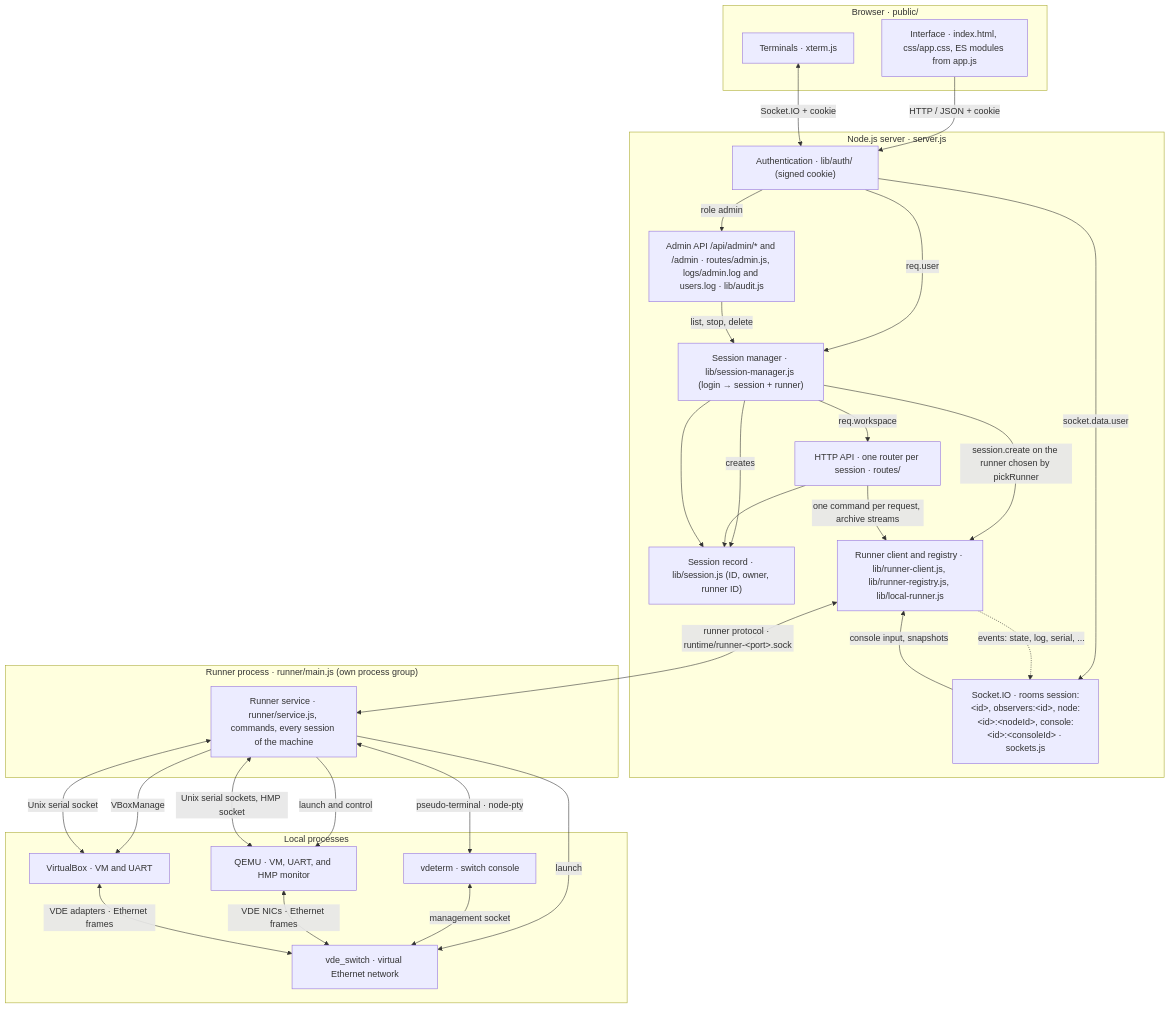
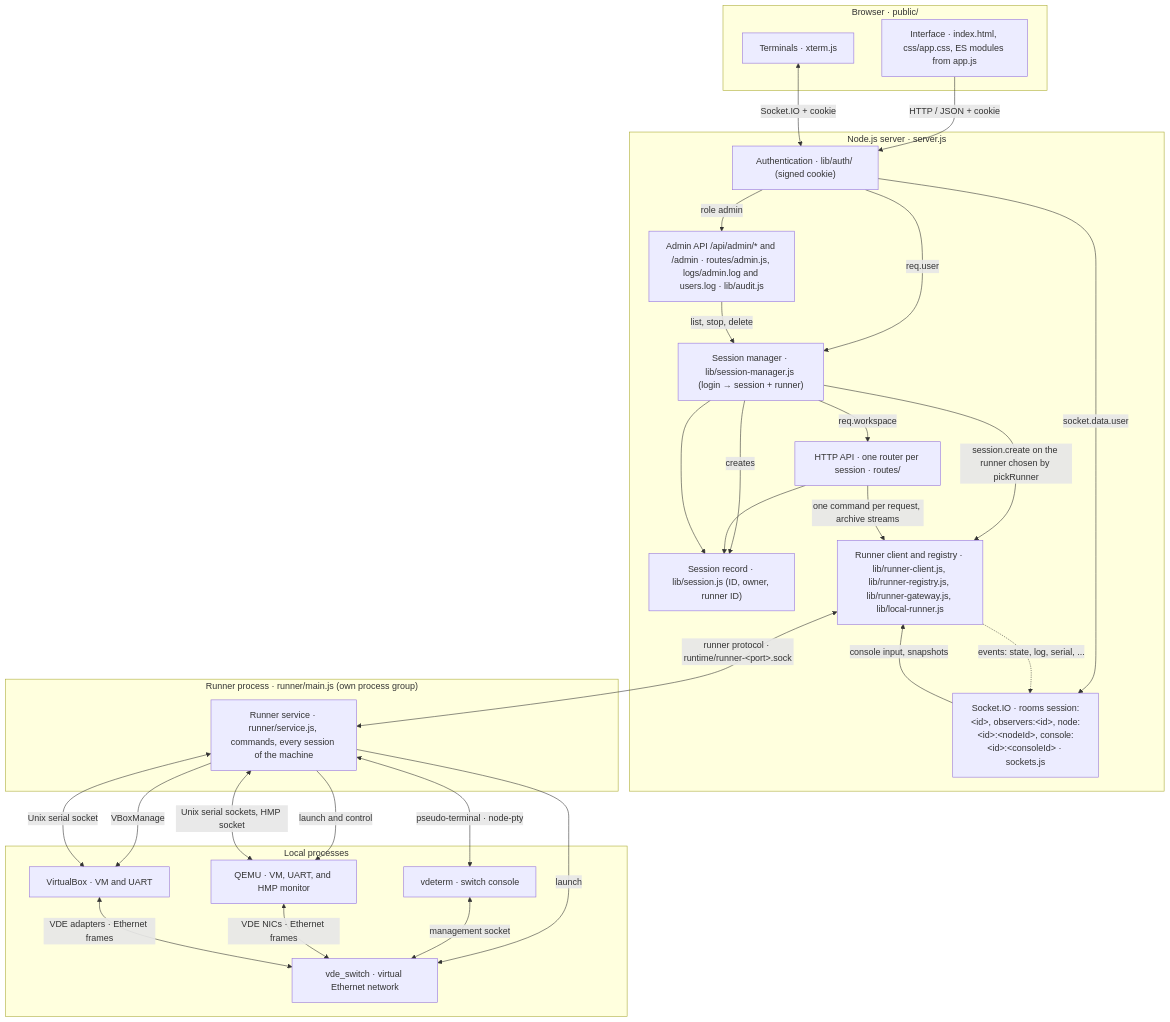
One commit to orel33/qemuweb changed the diagram in docs/architecture.md. Above: the diagram before and after it, drawn with Mermaid. The commit also changed other lines of this file and 2 other files, not shown here.

Commit message:
docs: manual runner, --local, adoption, gateway, runner.sh, two-service deployment

````diff
--- a/docs/architecture.md
+++ b/docs/architecture.md
@@ -19,53 +19,53 @@
 ```mermaid
 flowchart TB
   subgraph Browser["Browser · public/"]
     UI["Interface · index.html, css/app.css, ES modules from app.js"]
     Terminal["Terminals · xterm.js"]
   end
 
   subgraph Server["Node.js server · server.js"]
     Auth["Authentication · lib/auth/ (signed cookie)"]
     Manager["Session manager · lib/session-manager.js (login → session + runner)"]
     Routes["HTTP API · one router per session · routes/"]
     Sockets["Socket.IO · rooms session:&lt;id&gt;, observers:&lt;id&gt;, node:&lt;id&gt;:&lt;nodeId&gt;, console:&lt;id&gt;:&lt;consoleId&gt; · sockets.js"]
     Admin["Admin API /api/admin/* and /admin · routes/admin.js, logs/admin.log and users.log · lib/audit.js"]
     Session["Session record · lib/session.js (ID, owner, runner ID)"]
-    Client["Runner client and registry · lib/runner-client.js, lib/runner-registry.js, lib/local-runner.js"]
+    Client["Runner client and registry · lib/runner-client.js, lib/runner-registry.js, lib/runner-gateway.js, lib/local-runner.js"]
   end
 
   subgraph RunnerProcess["Runner process · runner/main.js (own process group)"]
     Runner["Runner service · runner/service.js, commands, every session of the machine"]
   end
 
   subgraph Local["Local processes"]
     QEMU["QEMU · VM, UART, and HMP monitor"]
     VBox["VirtualBox · VM and UART"]
     VDE["vde_switch · virtual Ethernet network"]
     VDeterm["vdeterm · switch console"]
   end
 
   UI -->|"HTTP / JSON + cookie"| Auth
   Terminal <-->|"Socket.IO + cookie"| Auth
   Auth -->|"req.user"| Manager
   Auth -->|"role admin"| Admin
   Admin -->|"list, stop, delete"| Manager
   Auth -->|"socket.data.user"| Sockets
   Manager -->|"req.workspace"| Routes
   Manager -->|"creates"| Session
   Manager -->|"session.create on the runner chosen by pickRunner"| Client
   Client <-->|"runner protocol · runtime/runner-&lt;port&gt;.sock"| Runner
   Routes --> Session
   Routes -->|"one command per request, archive streams"| Client
   Sockets -->|"console input, snapshots"| Client
   Client -.->|"events: state, log, serial, ..."| Sockets
   Manager --> Session
   Runner -->|"launch and control"| QEMU
   Runner -->|"VBoxManage"| VBox
   Runner -->|"launch"| VDE
   Runner <-->|"Unix serial sockets, HMP socket"| QEMU
   Runner <-->|"Unix serial socket"| VBox
   Runner <-->|"pseudo-terminal · node-pty"| VDeterm
   VDeterm <-->|"management socket"| VDE
   QEMU <-->|"VDE NICs · Ethernet frames"| VDE
   VBox <-->|"VDE adapters · Ethernet frames"| VDE
 ```
````
